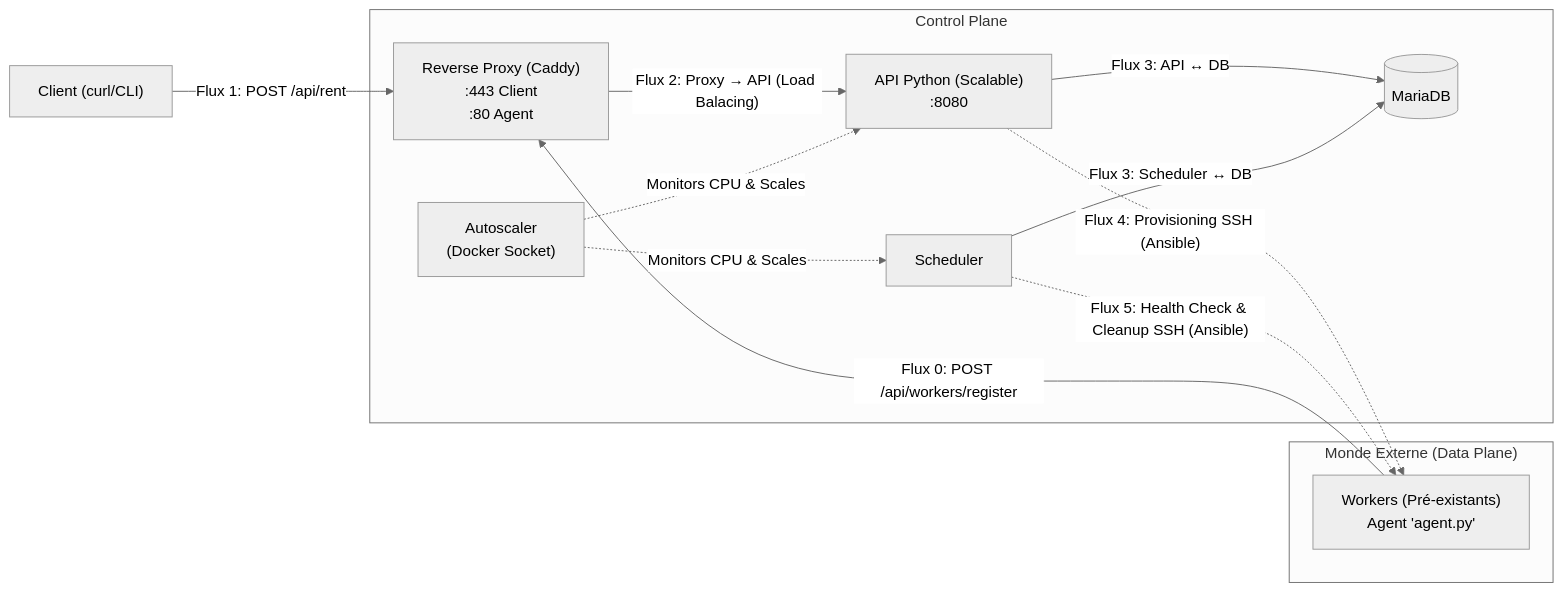
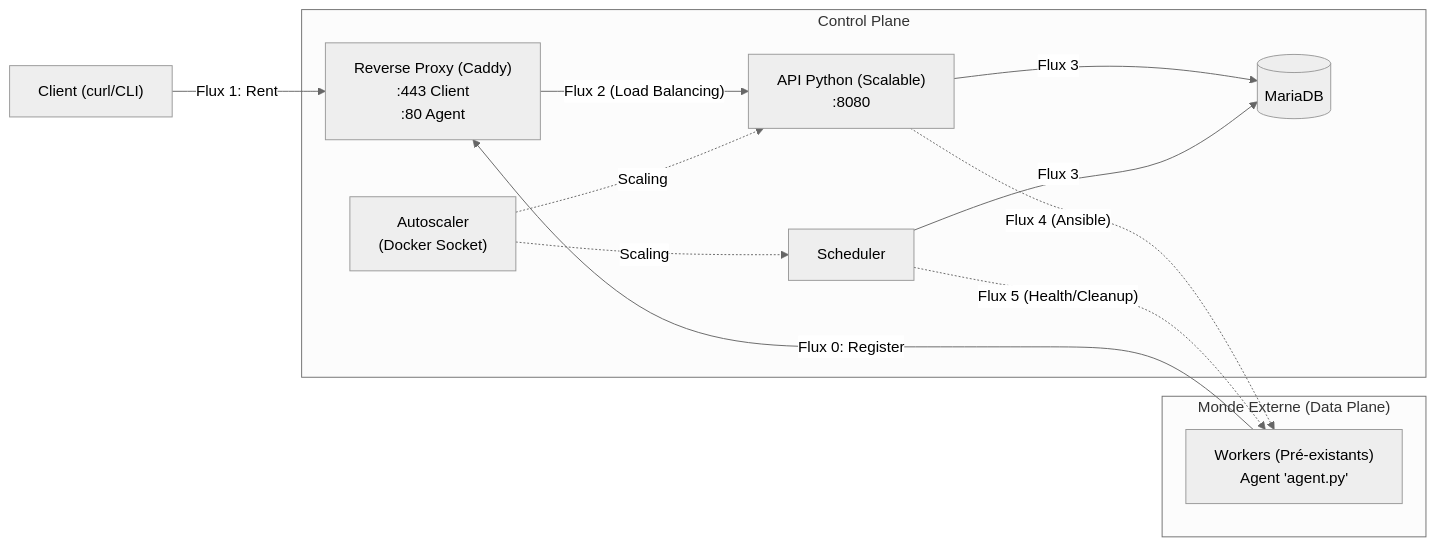
The diagram in README.md (TedBarbier/projet_deploiement), drawn with Mermaid (neutral theme) before and after one commit.

````diff
--- a/README.md
+++ b/README.md
@@ -34,27 +34,27 @@
 ```mermaid
 flowchart LR
     Client["Client (curl/CLI)"]
 
     subgraph DATA["Monde Externe (Data Plane)"]
         Worker["Workers (Pré-existants)<br/>Agent 'agent.py'"]
     end
 
     subgraph CONTROL["Control Plane"]
         RP["Reverse Proxy (Caddy)<br/>:443 Client<br/>:80 Agent"]
         API["API Python (Scalable)<br/>:8080"]
         AS["Autoscaler<br/>(Docker Socket)"]
         SCHED["Scheduler"]
         DB[(MariaDB)]
     end
 
     %% Flux
-    Worker -- "Flux 0: POST /api/workers/register" --> RP
-    Client -->|"Flux 1: POST /api/rent" | RP
-    RP -->|"Flux 2: Proxy → API (Load Balacing)" | API
-    API -->|"Flux 3: API ↔ DB" | DB
-    SCHED -->|"Flux 3: Scheduler ↔ DB" | DB
-    AS -.->|"Monitors CPU & Scales"| API
-    AS -.->|"Monitors CPU & Scales"| SCHED
-    API -.->|"Flux 4: Provisioning SSH (Ansible)" | Worker
-    SCHED -.->|"Flux 5: Health Check & Cleanup SSH (Ansible)" | Worker
+    Worker -- "Flux 0: Register" --> RP
+    Client -->|"Flux 1: Rent" | RP
+    RP -->|"Flux 2 (Load Balancing)" | API
+    API -->|"Flux 3" | DB
+    SCHED -->|"Flux 3" | DB
+    AS -.->|"Scaling"| API
+    AS -.->|"Scaling"| SCHED
+    API -.->|"Flux 4 (Ansible)" | Worker
+    SCHED -.->|"Flux 5 (Health/Cleanup)" | Worker
 ```
````
